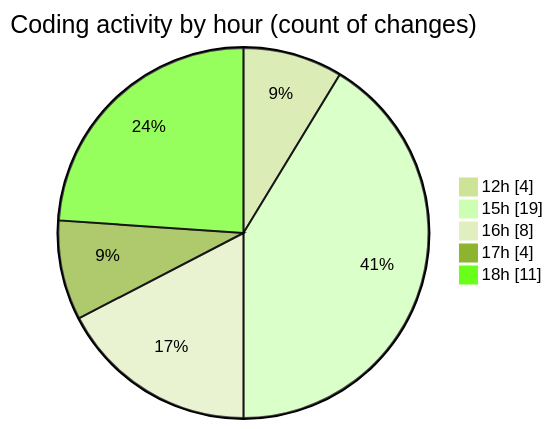
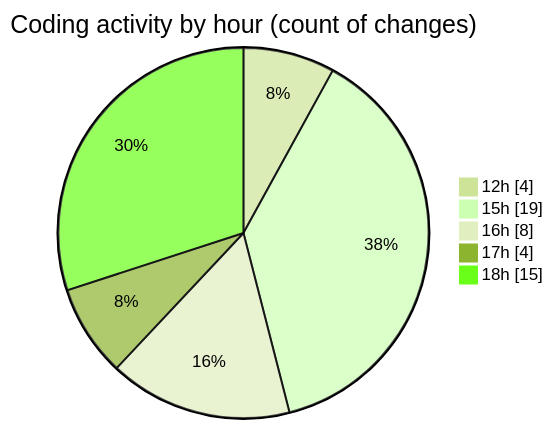
The second of 2 diagrams in 2026-04-19/airfeed-analytics-dashboard/README.md (nxtqubesakshisongat/code-tracking), drawn with Mermaid (forest theme) before and after one commit. The commit also changed other lines of this file and 1 other file, not shown here.

````diff
--- a/2026-04-19/airfeed-analytics-dashboard/README.md
+++ b/2026-04-19/airfeed-analytics-dashboard/README.md
@@ -36,9 +36,9 @@
 ```mermaid
 pie showData
 title Coding activity by hour (count of changes)
 "12h" : 4
 "15h" : 19
 "16h" : 8
 "17h" : 4
-"18h" : 11
+"18h" : 15
 ```
````
